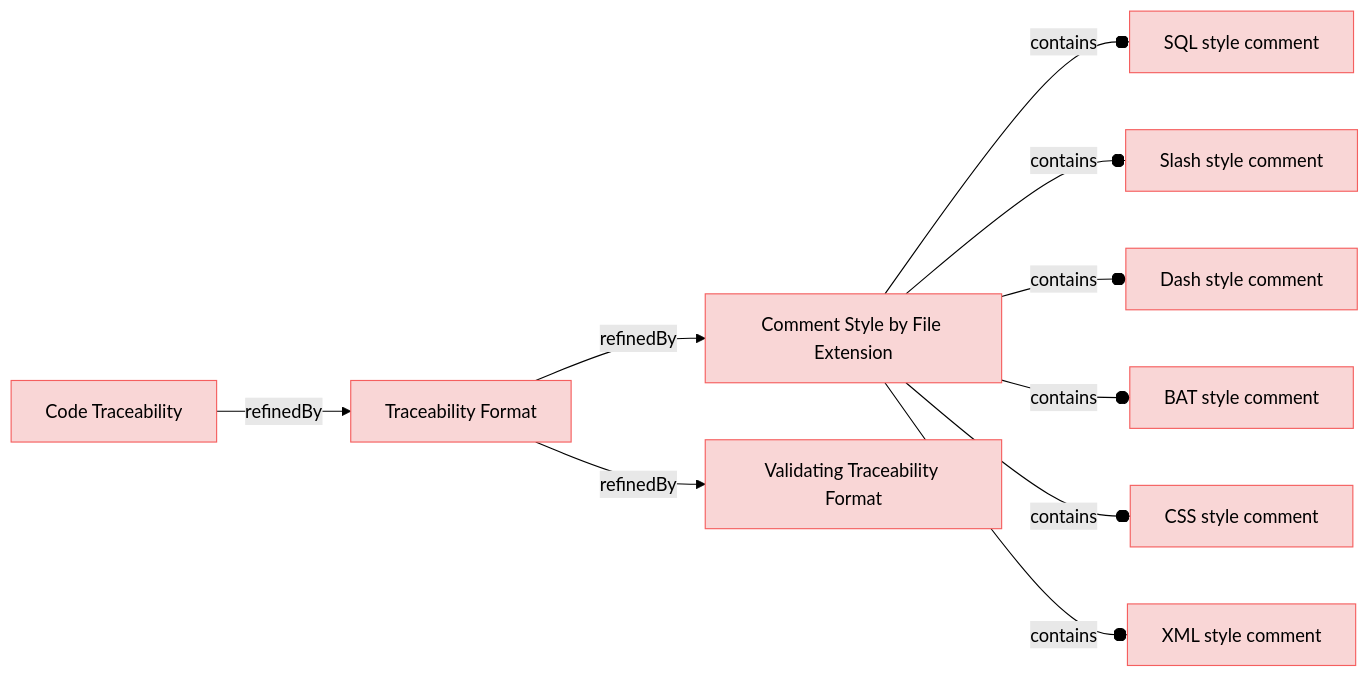
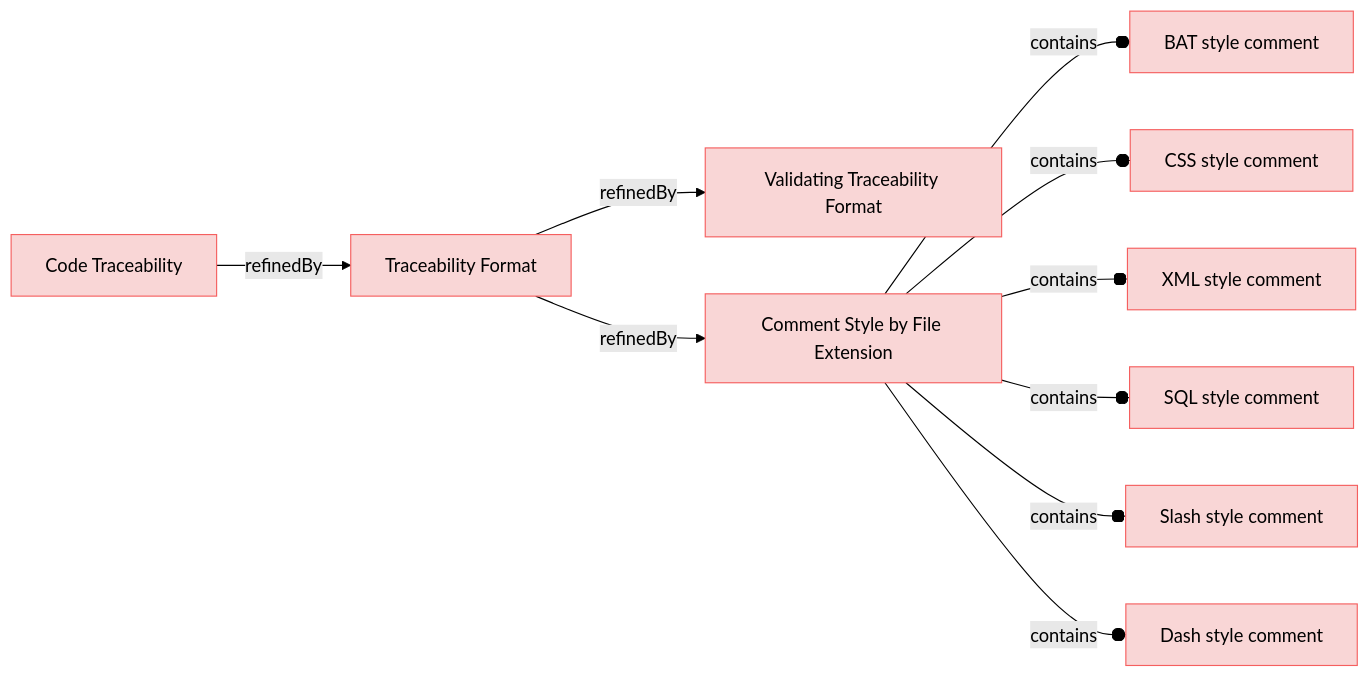
One commit to reqvire-org/reqvire changed the diagram in specifications/CodeTraecabilityRequirements.md. Above: the diagram before and after it, drawn with Mermaid (forest theme). The commit also changed other lines of this file and 30 other files, not shown here.

````diff
--- a/specifications/CodeTraecabilityRequirements.md
+++ b/specifications/CodeTraecabilityRequirements.md
@@ -4,49 +4,49 @@
 ```mermaid
 graph LR;
   %% REQVIRE-AUTOGENERATED-DIAGRAM
   %% Graph styling
   classDef requirement fill:#f9d6d6,stroke:#f55f5f,stroke-width:1px;
   classDef verification fill:#d6f9d6,stroke:#5fd75f,stroke-width:1px;
   classDef externalLink fill:#d0e0ff,stroke:#3080ff,stroke-width:1px;
   classDef default fill:#f5f5f5,stroke:#333333,stroke-width:1px;
 
   9314736a59776478["Traceability Format"];
   class 9314736a59776478 requirement;
   click 9314736a59776478 "CodeTraecabilityRequirements.md#traceability-format";
+  3db41d3530e56596["Validating Traceability Format"];
+  class 3db41d3530e56596 requirement;
+  click 3db41d3530e56596 "CodeTraecabilityRequirements.md#validating-traceability-format";
+  9314736a59776478 -->|refinedBy| 3db41d3530e56596;
   f4c09ad7359812ff["Comment Style by File Extension"];
   class f4c09ad7359812ff requirement;
   click f4c09ad7359812ff "CodeTraecabilityRequirements.md#comment-style-by-file-extension";
   9314736a59776478 -->|refinedBy| f4c09ad7359812ff;
-  3db41d3530e56596["Validating Traceability Format"];
-  class 3db41d3530e56596 requirement;
-  click 3db41d3530e56596 "CodeTraecabilityRequirements.md#validating-traceability-format";
-  9314736a59776478 -->|refinedBy| 3db41d3530e56596;
+  7fdde6a23819450b["BAT style comment"];
+  class 7fdde6a23819450b requirement;
+  click 7fdde6a23819450b "CodeTraecabilityRequirements.md#bat-style-comment";
+  a91fc474f292f1c9["CSS style comment"];
+  class a91fc474f292f1c9 requirement;
+  click a91fc474f292f1c9 "CodeTraecabilityRequirements.md#css-style-comment";
+  474c97b7d0029622["XML style comment"];
+  class 474c97b7d0029622 requirement;
+  click 474c97b7d0029622 "CodeTraecabilityRequirements.md#xml-style-comment";
   39fc946195c12956["SQL style comment"];
   class 39fc946195c12956 requirement;
   click 39fc946195c12956 "CodeTraecabilityRequirements.md#sql-style-comment";
-  f4c09ad7359812ff --o|contains| 39fc946195c12956;
   99c4cc438042d855["Slash style comment"];
   class 99c4cc438042d855 requirement;
   click 99c4cc438042d855 "CodeTraecabilityRequirements.md#slash-style-comment";
-  f4c09ad7359812ff --o|contains| 99c4cc438042d855;
   be41c3d9e39abe6f["Dash style comment"];
   class be41c3d9e39abe6f requirement;
   click be41c3d9e39abe6f "CodeTraecabilityRequirements.md#dash-style-comment";
+  f4c09ad7359812ff --o|contains| 7fdde6a23819450b;
+  f4c09ad7359812ff --o|contains| a91fc474f292f1c9;
+  f4c09ad7359812ff --o|contains| 474c97b7d0029622;
+  f4c09ad7359812ff --o|contains| 39fc946195c12956;
+  f4c09ad7359812ff --o|contains| 99c4cc438042d855;
   f4c09ad7359812ff --o|contains| be41c3d9e39abe6f;
-  7fdde6a23819450b["BAT style comment"];
-  class 7fdde6a23819450b requirement;
-  click 7fdde6a23819450b "CodeTraecabilityRequirements.md#bat-style-comment";
-  f4c09ad7359812ff --o|contains| 7fdde6a23819450b;
-  a91fc474f292f1c9["CSS style comment"];
-  class a91fc474f292f1c9 requirement;
-  click a91fc474f292f1c9 "CodeTraecabilityRequirements.md#css-style-comment";
-  f4c09ad7359812ff --o|contains| a91fc474f292f1c9;
-  474c97b7d0029622["XML style comment"];
-  class 474c97b7d0029622 requirement;
-  click 474c97b7d0029622 "CodeTraecabilityRequirements.md#xml-style-comment";
-  f4c09ad7359812ff --o|contains| 474c97b7d0029622;
   26ca72b617aff229["Code Traceability"];
   class 26ca72b617aff229 requirement;
   click 26ca72b617aff229 "UserRequirements.md#code-traceability";
   26ca72b617aff229 -->|refinedBy| 9314736a59776478;
 ```
````
